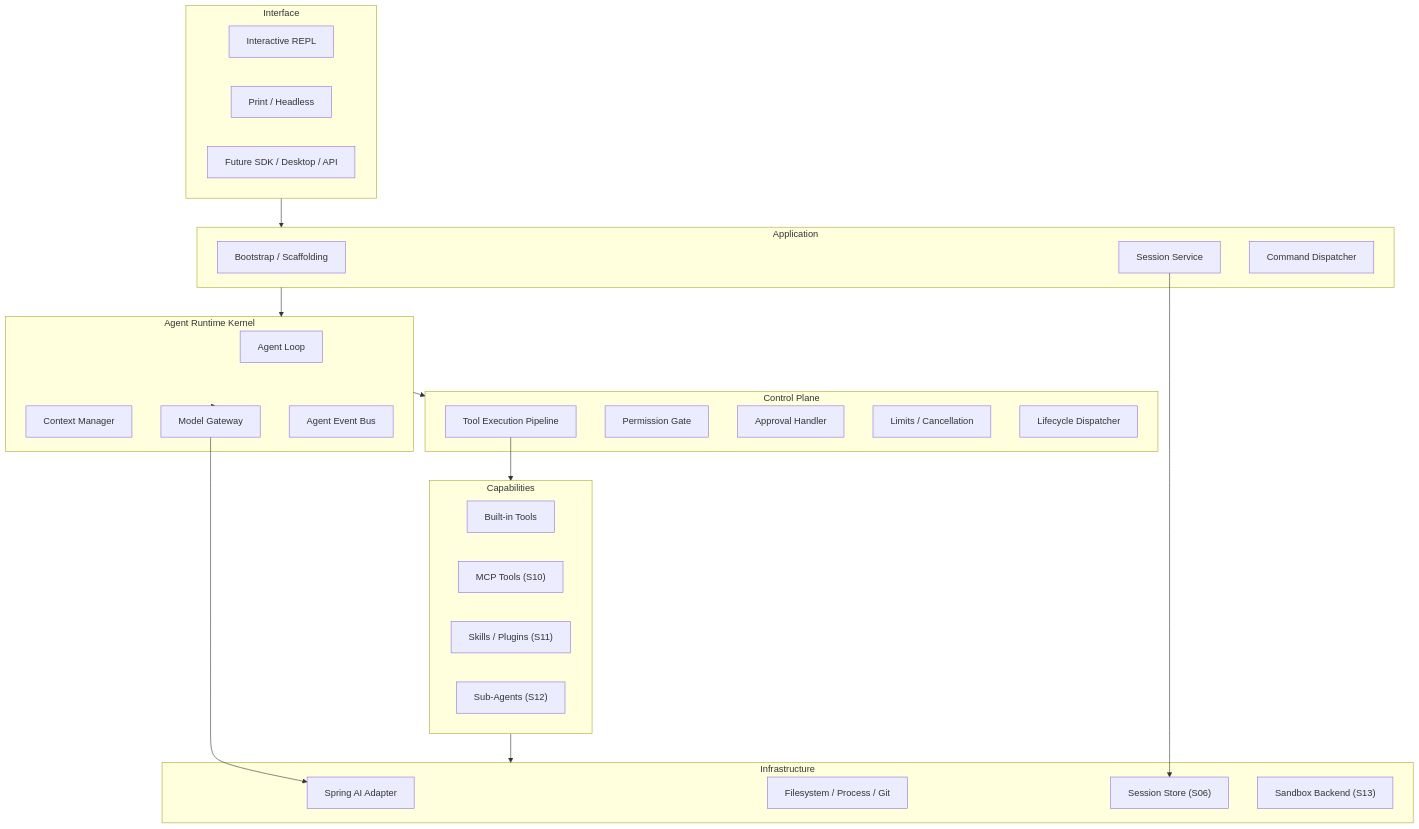
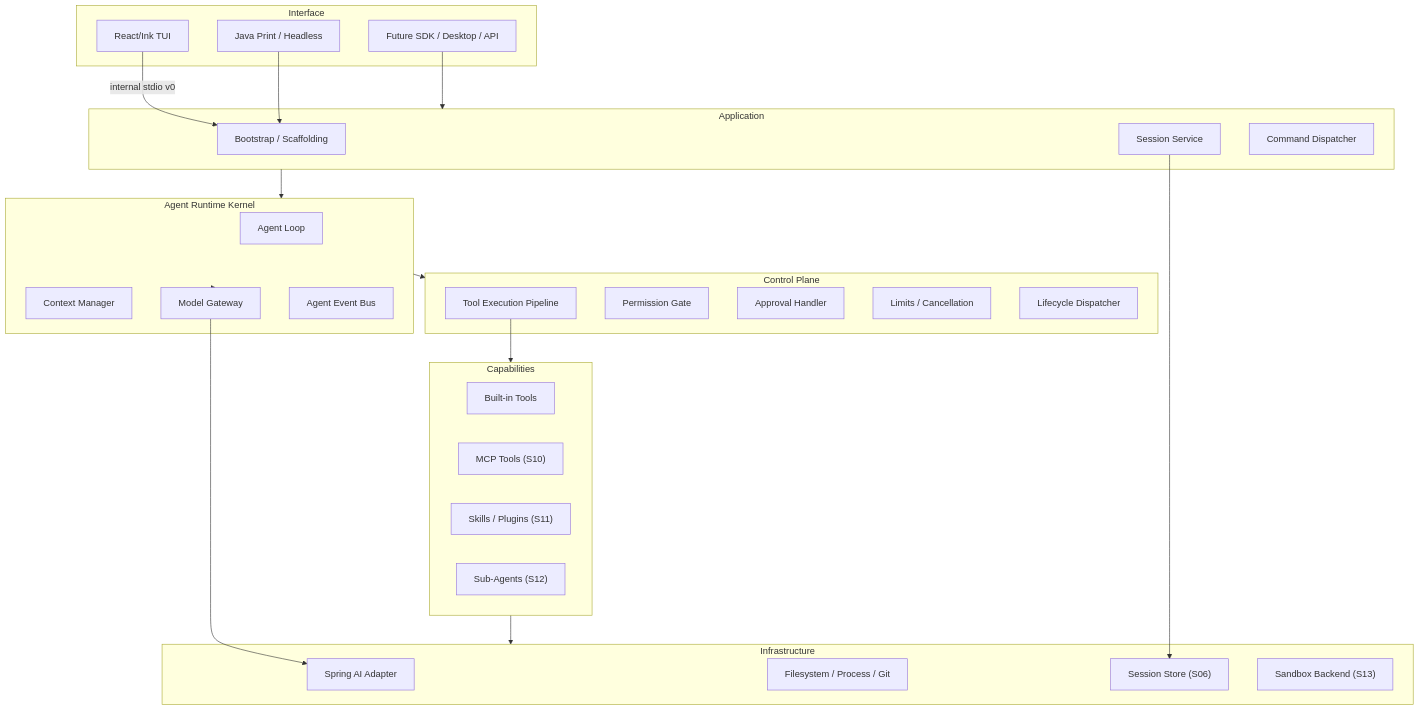
The first of 5 diagrams in docs/technical-design.md (liumaishenjian/cc-java), drawn with Mermaid before and after one commit. The commit also changed other lines of this file and 15 other files, not shown here.

Commit message:
docs: adopt headless runtime and ink tui for s02

````diff
--- a/docs/technical-design.md
+++ b/docs/technical-design.md
@@ -144,52 +153,54 @@
 ```mermaid
 flowchart TB
     subgraph Interface["Interface"]
-        REPL["Interactive REPL"]
-        PRINT["Print / Headless"]
+        REPL["React/Ink TUI"]
+        PRINT["Java Print / Headless"]
         FUTURE["Future SDK / Desktop / API"]
     end
 
     subgraph Application["Application"]
         BOOT["Bootstrap / Scaffolding"]
         SESSION_SERVICE["Session Service"]
         COMMANDS["Command Dispatcher"]
     end
 
     subgraph Runtime["Agent Runtime Kernel"]
         LOOP["Agent Loop"]
         CONTEXT["Context Manager"]
         MODEL_PORT["Model Gateway"]
         EVENTS["Agent Event Bus"]
     end
 
     subgraph Control["Control Plane"]
         PIPELINE["Tool Execution Pipeline"]
         PERMISSION["Permission Gate"]
         APPROVAL["Approval Handler"]
         LIMITS["Limits / Cancellation"]
         LIFECYCLE["Lifecycle Dispatcher"]
     end
 
     subgraph Capability["Capabilities"]
         BUILTIN["Built-in Tools"]
         MCP["MCP Tools (S10)"]
         SKILL["Skills / Plugins (S11)"]
         SUBAGENT["Sub-Agents (S12)"]
     end
 
     subgraph Infrastructure["Infrastructure"]
         SPRING_AI["Spring AI Adapter"]
         FS["Filesystem / Process / Git"]
         STORE["Session Store (S06)"]
         SANDBOX["Sandbox Backend (S13)"]
     end
 
-    Interface --> Application
+    REPL -->|"internal stdio v0"| BOOT
+    PRINT --> BOOT
+    FUTURE --> Application
     Application --> Runtime
     Runtime --> Control
     Runtime --> MODEL_PORT
     MODEL_PORT --> SPRING_AI
     PIPELINE --> Capability
     Capability --> Infrastructure
     SESSION_SERVICE --> STORE
 ```
````
